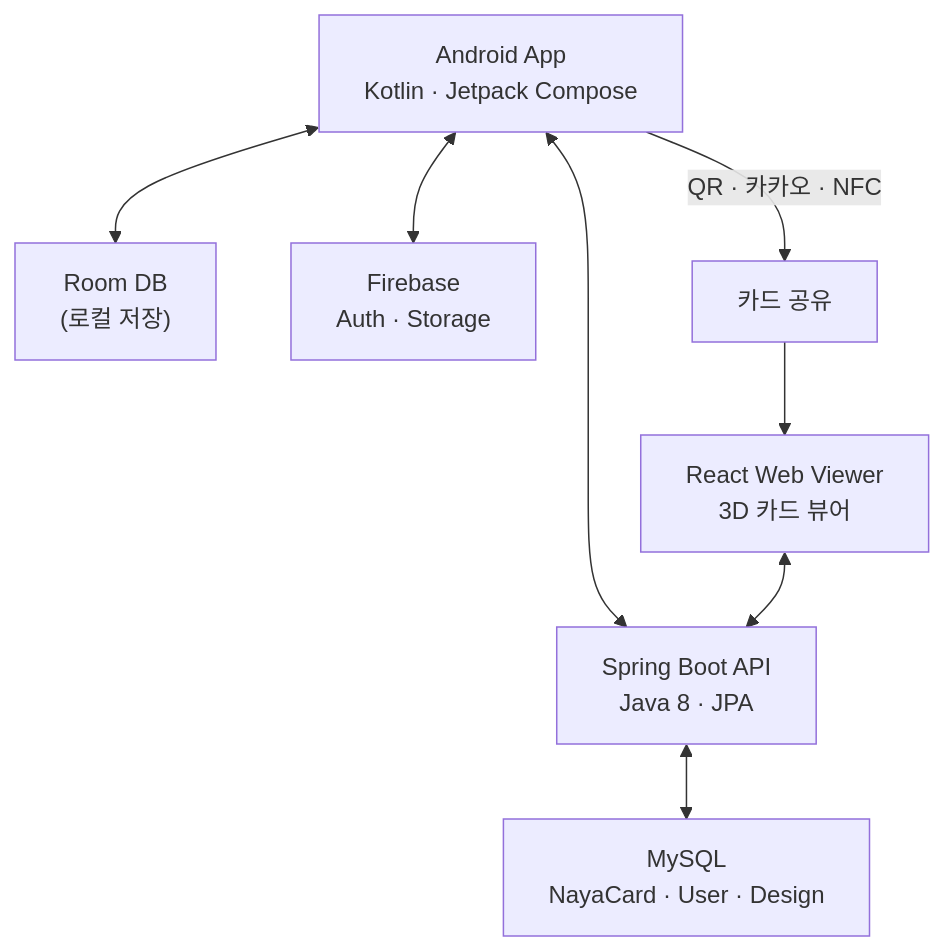
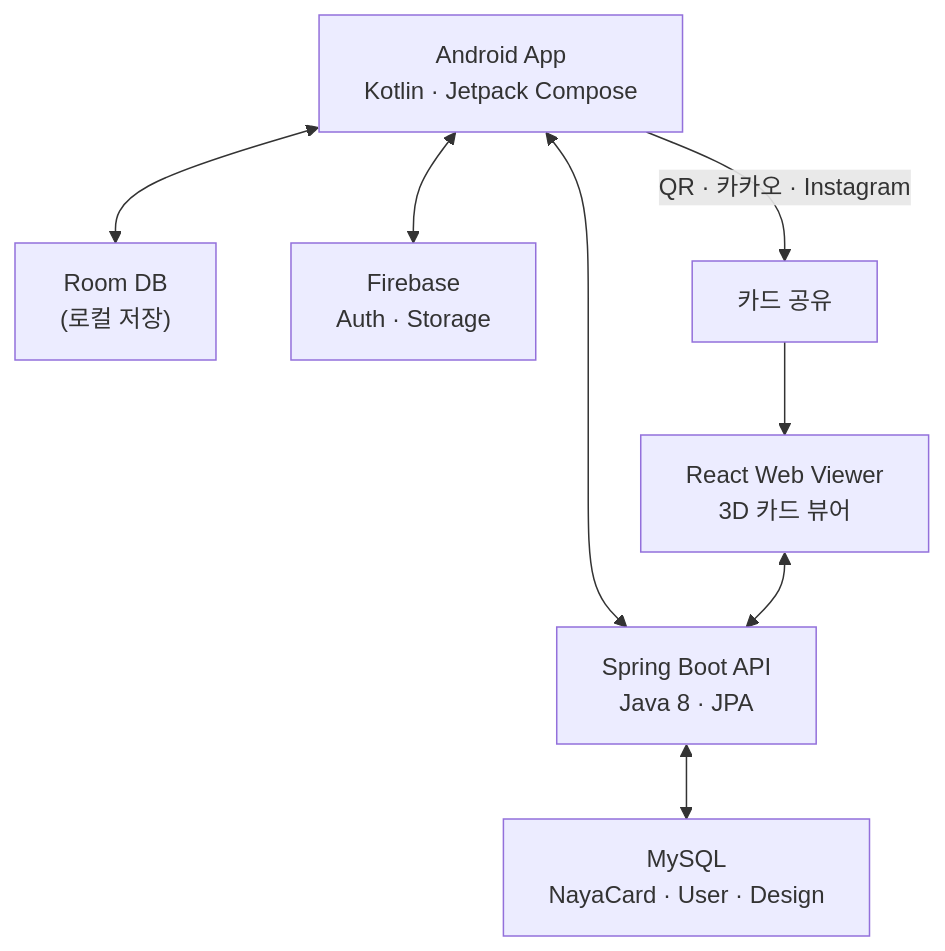
One commit to anveloper/anveloper.github.io changed the diagram in _projects/20221121-naya.mdx. Above: the diagram before and after it, drawn with Mermaid. The commit also changed other lines of this file, not shown here.

First line of the commit message:
docs: NAYA NFC 미구현 서술 제거·Kalendar를 자체 구현으로 정정 (projects)

````diff
--- a/_projects/20221121-naya.mdx
+++ b/_projects/20221121-naya.mdx
@@ -64,10 +63,10 @@
 ```mermaid
 flowchart TD
   Android["Android App\nKotlin · Jetpack Compose"] <--> Backend["Spring Boot API\nJava 8 · JPA"]
   Web["React Web Viewer\n3D 카드 뷰어"] <--> Backend
   Android <--> RoomDB["Room DB\n(로컬 저장)"]
   Android <--> Firebase["Firebase\nAuth · Storage"]
   Backend <--> MySQL["MySQL\nNayaCard · User · Design"]
-  Android -->|"QR · 카카오 · NFC"| Share["카드 공유"]
+  Android -->|"QR · 카카오 · Instagram"| Share["카드 공유"]
   Share --> Web
 ```
````
